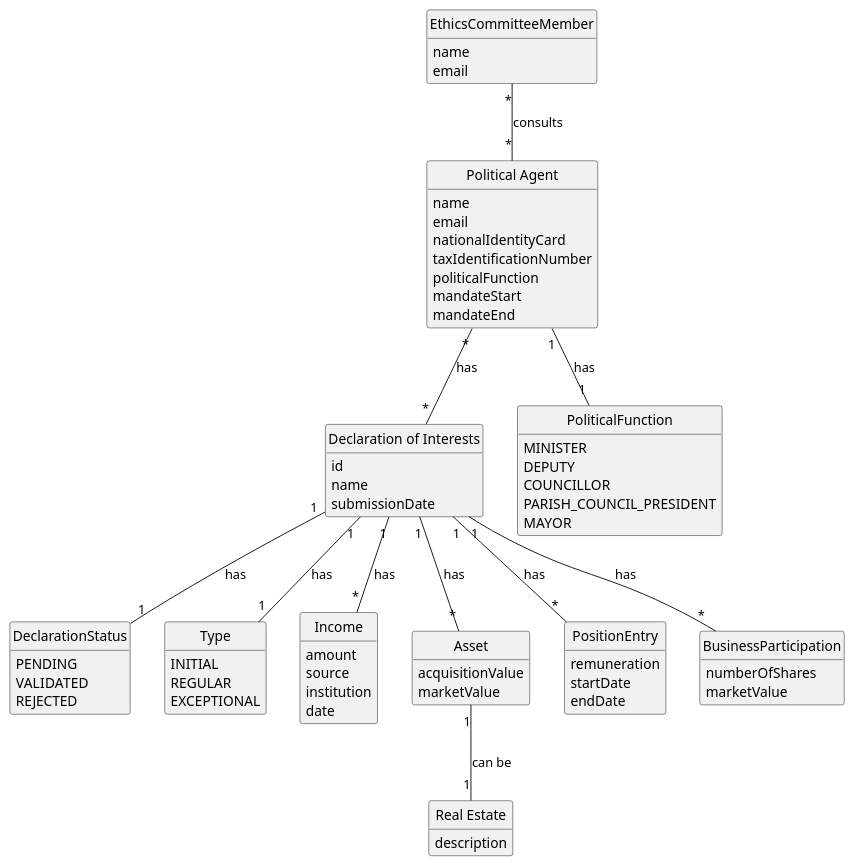
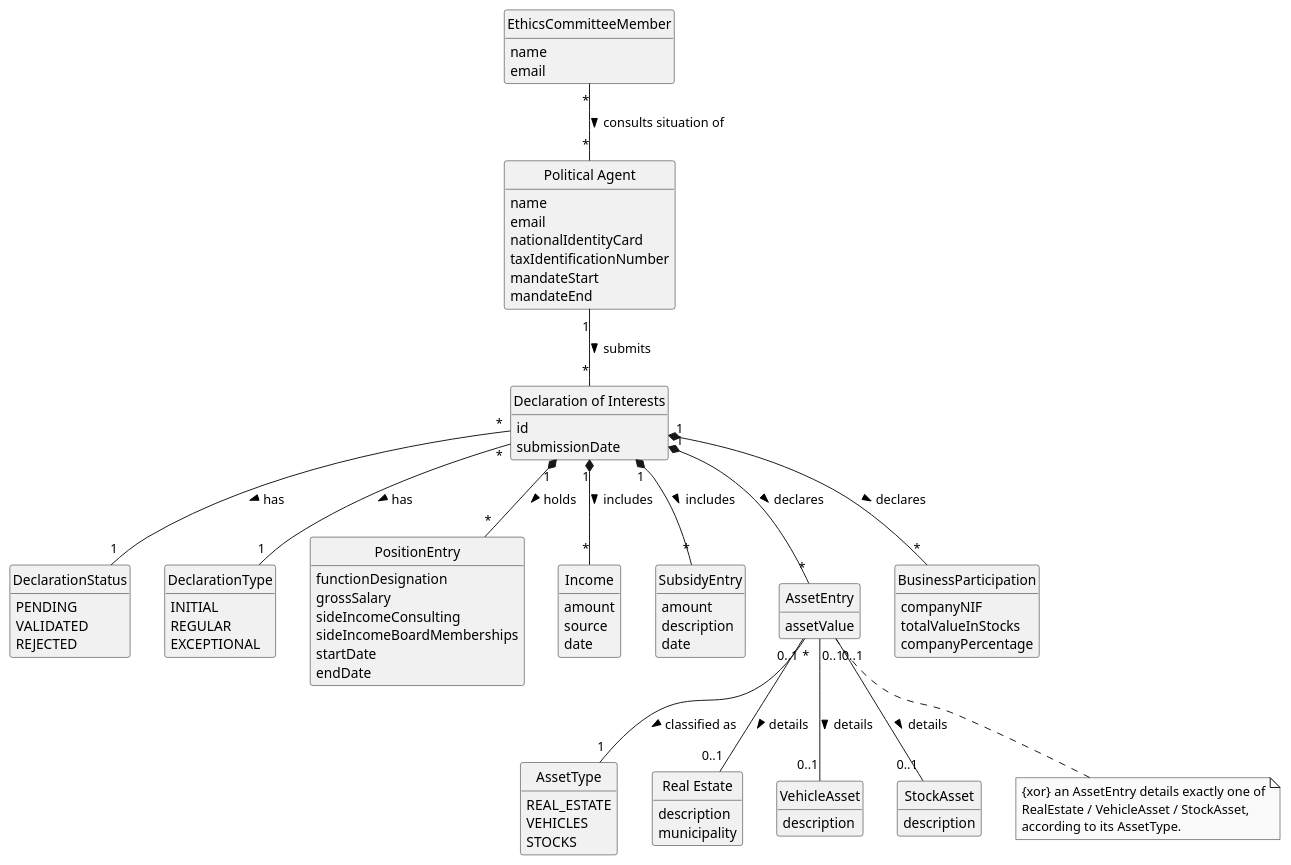
Before and after one commit to brunodspinto/crystal-clear-platform: the diagram in docs/system-documentation/US09/02.analysis/puml/US09-DM.puml, drawn with PlantUML. The commit also changed 15 other files, not shown here.

Commit message:
Updated the US 09, 10 and 11 diagrams for clarity

```diff
--- a/docs/system-documentation/US09/02.analysis/puml/US09-DM.puml
+++ b/docs/system-documentation/US09/02.analysis/puml/US09-DM.puml
@@ -1,94 +1,115 @@
 @startuml US09-DM
 skinparam monochrome true
 skinparam packageStyle rectangle
 skinparam shadowing false
 skinparam classAttributeIconSize 0
 
 hide circle
 hide methods
 
 class EthicsCommitteeMember {
     name
     email
 }
 
 class "Political Agent" as PoliticalAgent {
     name
     email
     nationalIdentityCard
     taxIdentificationNumber
-    politicalFunction
     mandateStart
     mandateEnd
 }
 
 class "Declaration of Interests" as Declaration {
     id
-    name
     submissionDate
 }
 
 enum DeclarationStatus {
     PENDING
     VALIDATED
     REJECTED
 }
 
-enum Type {
+enum DeclarationType {
     INITIAL
     REGULAR
     EXCEPTIONAL
 }
 
-enum PoliticalFunction {
-    MINISTER
-    DEPUTY
-    COUNCILLOR
-    PARISH_COUNCIL_PRESIDENT
-    MAYOR
+class PositionEntry {
+    functionDesignation
+    grossSalary
+    sideIncomeConsulting
+    sideIncomeBoardMemberships
+    startDate
+    endDate
 }
 
 class Income {
     amount
     source
-    institution
     date
 }
 
-class Asset {
-    acquisitionValue
-    marketValue
+class SubsidyEntry {
+    amount
+    description
+    date
+}
+
+class AssetEntry {
+    assetValue
+}
+
+enum AssetType {
+    REAL_ESTATE
+    VEHICLES
+    STOCKS
 }
 
 class "Real Estate" as RealEstate {
     description
+    municipality
 }
 
-class PositionEntry {
-    remuneration
-    startDate
-    endDate
+class VehicleAsset {
+    description
+}
+
+class StockAsset {
+    description
 }
 
 class BusinessParticipation {
-    numberOfShares
-    marketValue
+    companyNIF
+    totalValueInStocks
+    companyPercentage
 }
 
-EthicsCommitteeMember "*" -- "*" PoliticalAgent : consults
+EthicsCommitteeMember "*" -- "*" PoliticalAgent : consults situation of >
 
-PoliticalAgent "*" -- "*" Declaration : has
+PoliticalAgent "1" -- "*" Declaration : submits >
 
-PoliticalAgent "1" -- "1" PoliticalFunction : has
+Declaration "*" -- "1" DeclarationType : has >
+Declaration "*" -- "1" DeclarationStatus : has >
 
-Declaration "1" -- "1" Type : has
-Declaration "1" -- "1" DeclarationStatus : has
-Declaration "1" -- "*" Income : has
-Declaration "1" -- "*" Asset : has
+Declaration "1" *-- "*" PositionEntry : holds >
+Declaration "1" *-- "*" Income : includes >
+Declaration "1" *-- "*" SubsidyEntry : includes >
+Declaration "1" *-- "*" AssetEntry : declares >
+Declaration "1" *-- "*" BusinessParticipation : declares >
 
-Declaration "1" -- "*" PositionEntry : has
-Declaration "1" -- "*" BusinessParticipation : has
+AssetEntry "*" -- "1" AssetType : classified as >
+AssetEntry "0..1" -- "0..1" RealEstate : details >
+AssetEntry "0..1" -- "0..1" VehicleAsset : details >
+AssetEntry "0..1" -- "0..1" StockAsset : details >
 
-Asset "1" -- "1" RealEstate : can be
+note bottom of AssetEntry
+    {xor} an AssetEntry details exactly one of
+    RealEstate / VehicleAsset / StockAsset,
+    according to its AssetType.
+end note
 
 @enduml
```
